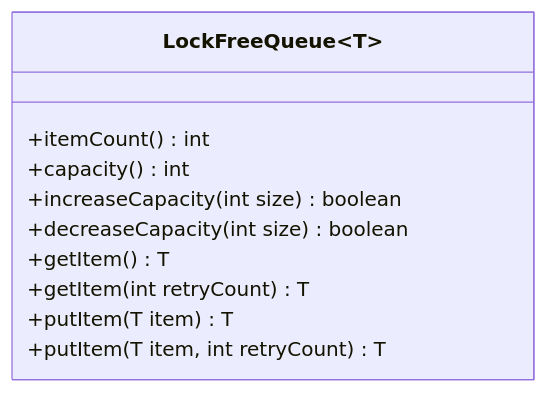
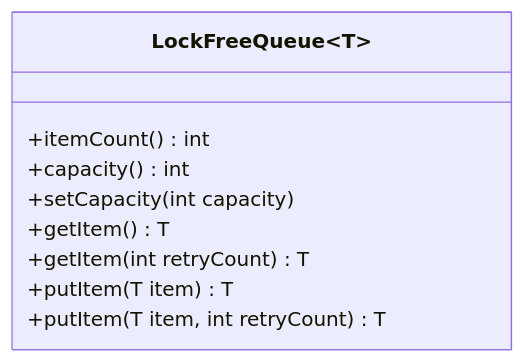
Before and after one commit to Inactionware/uapi.doc: the second of 3 diagrams in design/hd/Thread Pool Based Behavior Execution.md, drawn with Mermaid. The commit also changed 1 other file, not shown here.

Commit message:
Change design for lock free queue

````diff
--- a/design/hd/Thread Pool Based Behavior Execution.md
+++ b/design/hd/Thread Pool Based Behavior Execution.md
@@ -91,14 +91,13 @@
 ```mermaid
 classDiagram
 
 class LockFreeQueue~T~ {
 	+itemCount() int
 	+capacity() int
-	+increaseCapacity(int size) boolean
-	+decreaseCapacity(int size) boolean
+	+setCapacity(int capacity)
 	+getItem() T
 	+getItem(int retryCount) T
 	+putItem(T item) T
 	+putItem(T item, int retryCount) T
 }
 ```
````
